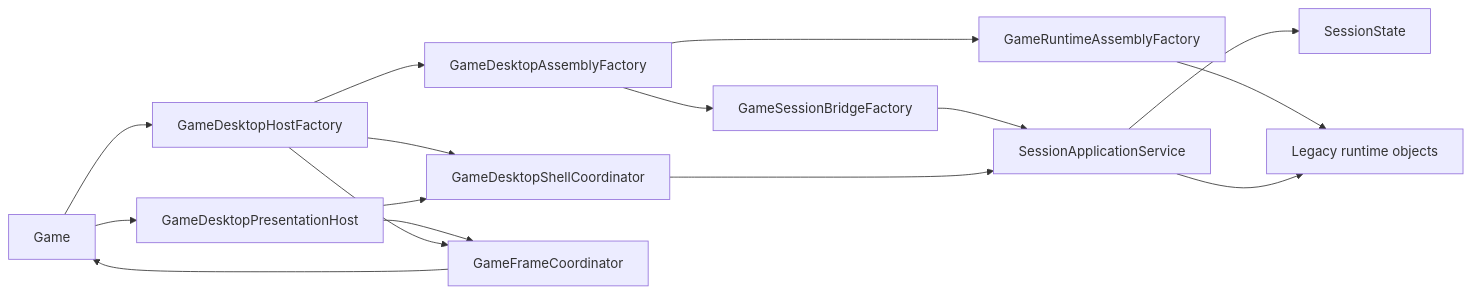
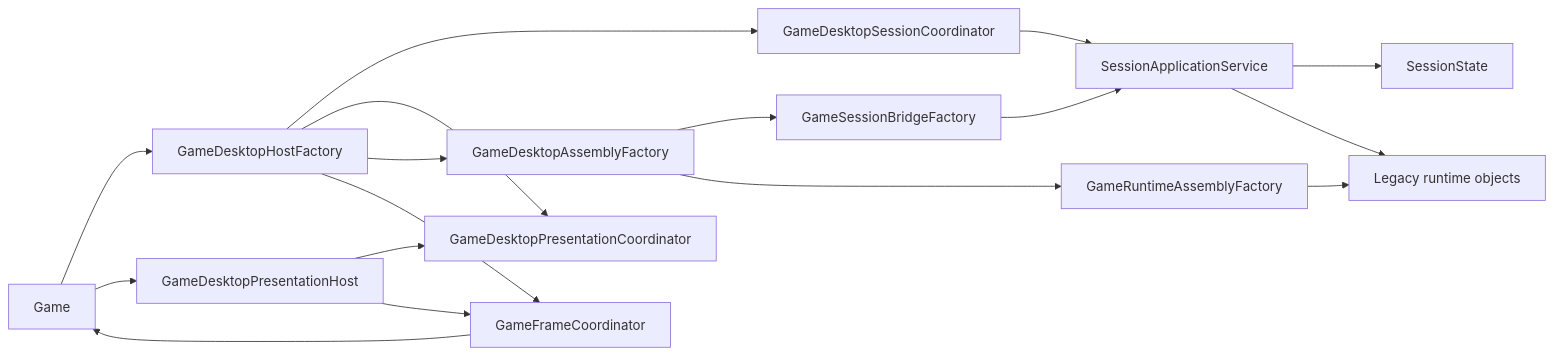
The third of 6 diagrams in docs/architecture-overview-diagrams.md (Jukkakot/MonopolyApp), drawn with Mermaid before and after one commit. The commit also changed other lines of this file and 9 other files, not shown here.

Commit message:
Split desktop shell into session and presentation coordinators

````diff
--- a/docs/architecture-overview-diagrams.md
+++ b/docs/architecture-overview-diagrams.md
@@ -207,30 +209,32 @@
 ```mermaid
 flowchart LR
     GAME[Game]
     HOSTFACTORY[GameDesktopHostFactory]
-    SHELL[GameDesktopShellCoordinator]
+    SHELLSESSION[GameDesktopSessionCoordinator]
+    SHELLPRESENT[GameDesktopPresentationCoordinator]
     ASSEMBLY[GameDesktopAssemblyFactory]
     PRESENTATION[GameDesktopPresentationHost]
     SESSIONBRIDGE[GameSessionBridgeFactory]
     RUNTIME[GameRuntimeAssemblyFactory]
     FRAME[GameFrameCoordinator]
     APP[SessionApplicationService]
     STATE[SessionState]
     LEGACY[Legacy runtime objects]
 
     GAME --> HOSTFACTORY
-    HOSTFACTORY --> SHELL
+    HOSTFACTORY --> SHELLSESSION
+    HOSTFACTORY --> SHELLPRESENT
     HOSTFACTORY --> ASSEMBLY
     GAME --> PRESENTATION
-    PRESENTATION --> SHELL
+    PRESENTATION --> SHELLPRESENT
     PRESENTATION --> FRAME
     ASSEMBLY --> SESSIONBRIDGE
     ASSEMBLY --> RUNTIME
     HOSTFACTORY --> FRAME
     SESSIONBRIDGE --> APP
-    SHELL --> APP
+    SHELLSESSION --> APP
     APP --> STATE
     RUNTIME --> LEGACY
     APP --> LEGACY
     FRAME --> GAME
 ```
````
